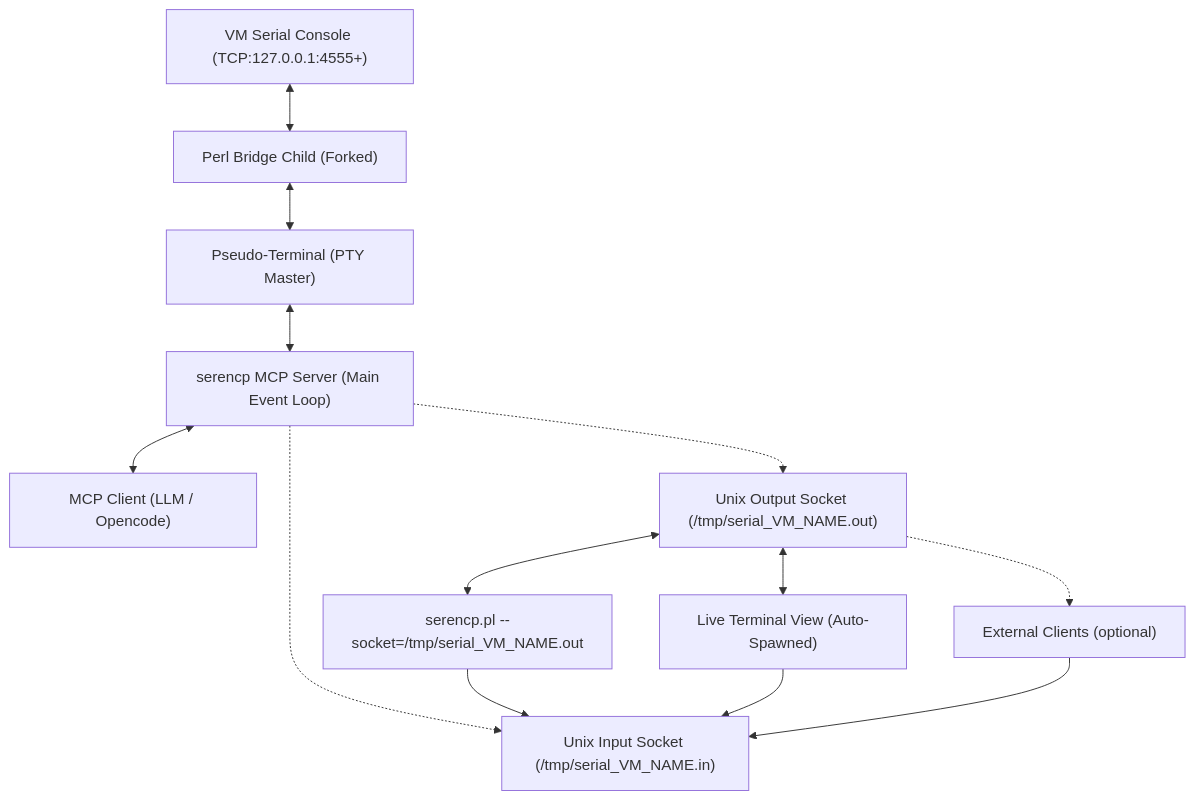
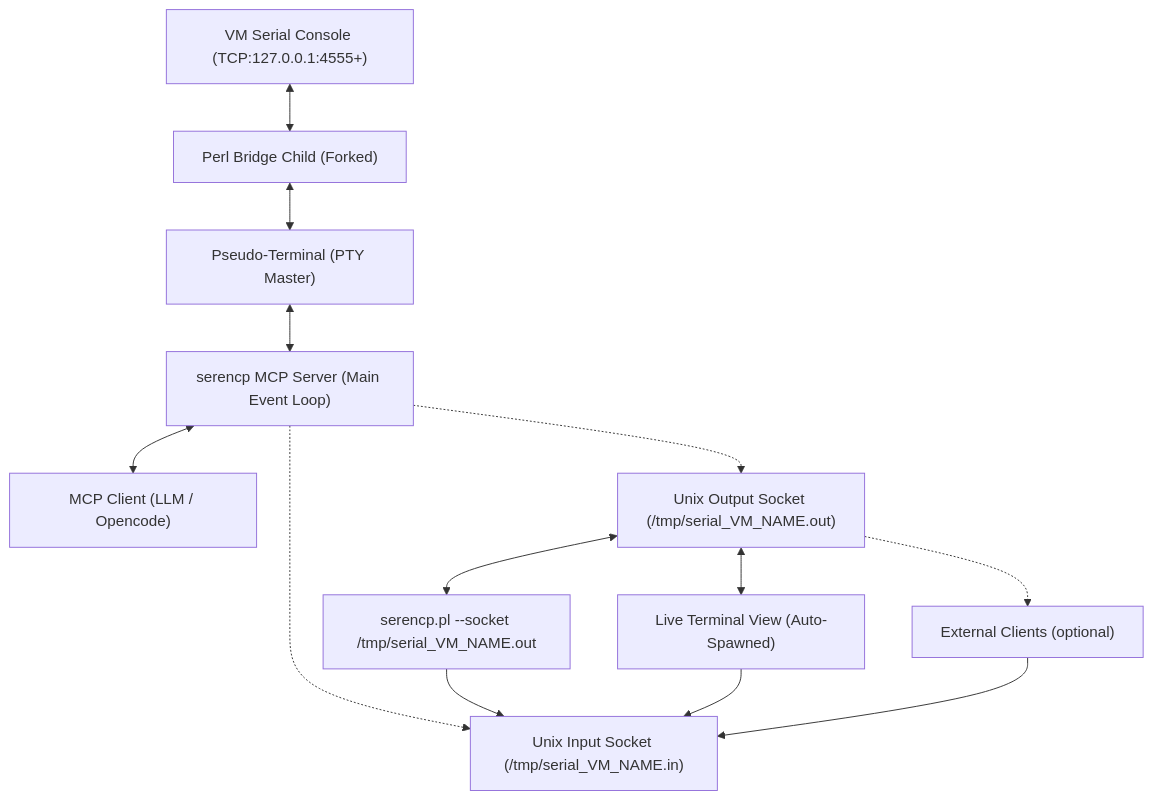
Before and after one commit to abda11ah/sercov: the first of 2 diagrams in README.md, drawn with Mermaid. The commit also changed other lines of this file and 2 other files, not shown here.

````diff
--- a/README.md
+++ b/README.md
@@ -237,26 +329,26 @@
 ```mermaid
 graph TD
     VM["VM Serial Console (TCP:127.0.0.1:4555+)"]
     Bridge["Perl Bridge Child (Forked)"]
     PTY["Pseudo-Terminal (PTY Master)"]
     MCP["serencp MCP Server (Main Event Loop)"]
     Client["MCP Client (LLM / Opencode)"]
     UnixIn["Unix Input Socket (/tmp/serial_VM_NAME.in)"]
     UnixOut["Unix Output Socket (/tmp/serial_VM_NAME.out)"]
-    ScriptClient["serencp.pl --socket=/tmp/serial_VM_NAME.out"]
+    ScriptClient["serencp.pl --socket /tmp/serial_VM_NAME.out"]
     ExtClients["External Clients (optional)"]
     LiveTerminal["Live Terminal View (Auto-Spawned)"]
 
     VM <--> Bridge
     Bridge <--> PTY
     PTY <--> MCP
     MCP <--> Client
     MCP -.-> UnixIn
     MCP -.-> UnixOut
     UnixOut <--> ScriptClient
     UnixOut <--> LiveTerminal
     UnixOut -.-> ExtClients
     ScriptClient --> UnixIn
     LiveTerminal --> UnixIn
     ExtClients --> UnixIn
 ```
````
